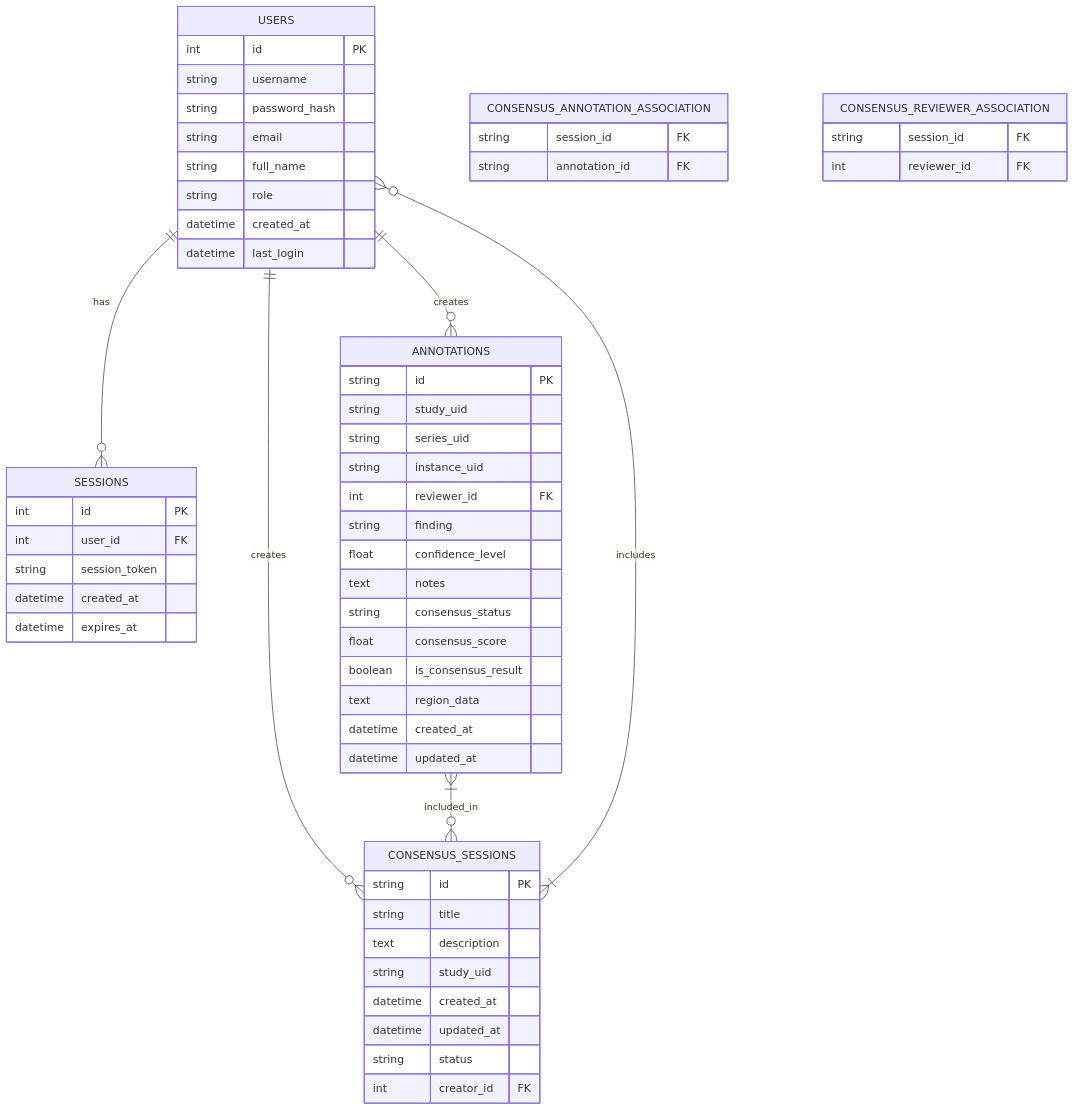
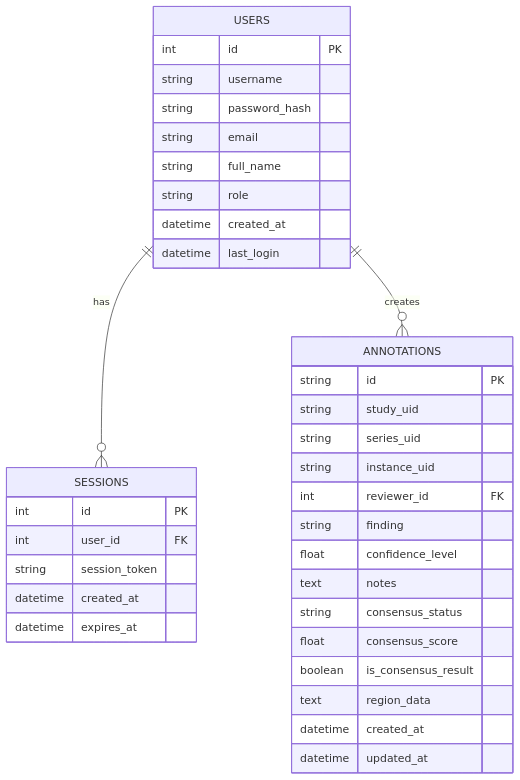
The diagram in docs/database_schema.md (mgadaphy/dicom-research), drawn with Mermaid before and after one commit. The commit also changed other lines of this file and 1 other file, not shown here.

Commit message:
Updated the the documentations of the database schema

````diff
--- a/docs/database_schema.md
+++ b/docs/database_schema.md
@@ -11,67 +11,41 @@
 ```mermaid
 erDiagram
   USERS {
     int id PK
     string username
     string password_hash
     string email
     string full_name
     string role
     datetime created_at
     datetime last_login
   }
   
   SESSIONS {
     int id PK
     int user_id FK
     string session_token
     datetime created_at
     datetime expires_at
   }
   
   ANNOTATIONS {
     string id PK
     string study_uid
     string series_uid
     string instance_uid
     int reviewer_id FK
     string finding
     float confidence_level
     text notes
     string consensus_status
     float consensus_score
     boolean is_consensus_result
     text region_data
     datetime created_at
     datetime updated_at
   }
   
-  CONSENSUS_SESSIONS {
-    string id PK
-    string title
-    text description
-    string study_uid
-    datetime created_at
-    datetime updated_at
-    string status
-    int creator_id FK
-  }
-  
-  CONSENSUS_ANNOTATION_ASSOCIATION {
-    string session_id FK
-    string annotation_id FK
-  }
-  
-  CONSENSUS_REVIEWER_ASSOCIATION {
-    string session_id FK
-    int reviewer_id FK
-  }
-  
   USERS ||--o{ SESSIONS : has
   USERS ||--o{ ANNOTATIONS : creates
-  USERS ||--o{ CONSENSUS_SESSIONS : creates
-  
-  ANNOTATIONS }|--o{ CONSENSUS_SESSIONS : included_in
-  
-  CONSENSUS_SESSIONS }|--o{ USERS : includes
 ```
````
